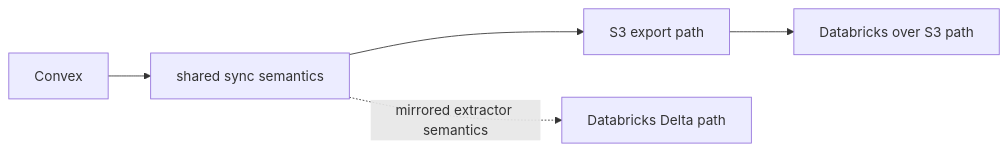
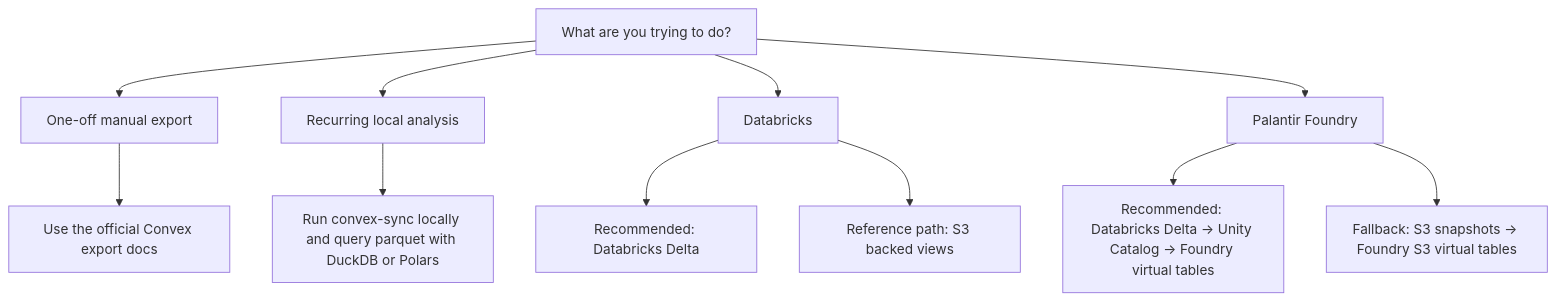
The diagram in README.md (shpitdev/convex-streaming-olap-export), drawn with Mermaid before and after one commit. The commit also changed other lines of this file and 3 other files, not shown here.

````diff
--- a/README.md
+++ b/README.md
@@ -95,12 +17,15 @@
 ```mermaid
-flowchart LR
-  C[Convex]
-  E[shared sync semantics]
-  S3[S3 export path]
-  DBN[Databricks Delta path]
-  DBS3[Databricks over S3 path]
-  C --> E
-  E --> S3
-  E -. mirrored extractor semantics .-> DBN
-  S3 --> DBS3
+flowchart TD
+  A[What are you trying to do?]
+  A --> B[One-off manual export]
+  A --> C[Recurring local analysis]
+  A --> D[Databricks]
+  A --> E[Palantir Foundry]
+
+  B --> B1[Use the official Convex export docs]
+  C --> C1[Run convex-sync locally and query parquet with DuckDB or Polars]
+  D --> D1[Recommended: Databricks Delta]
+  D --> D2[Reference path: S3 backed views]
+  E --> E1[Recommended: Databricks Delta -> Unity Catalog -> Foundry virtual tables]
+  E --> E2[Fallback: S3 snapshots -> Foundry S3 virtual tables]
 ```
````
